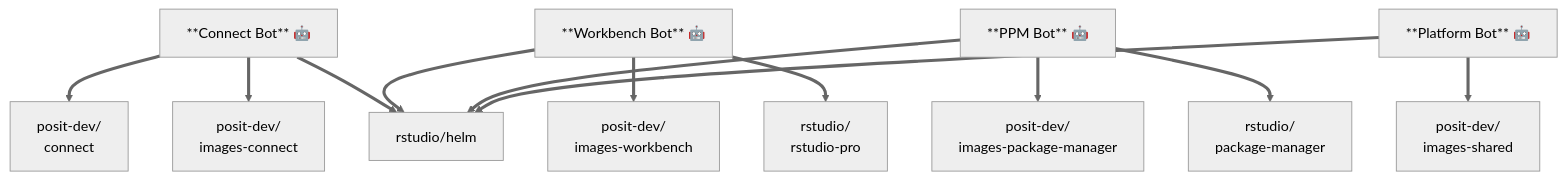
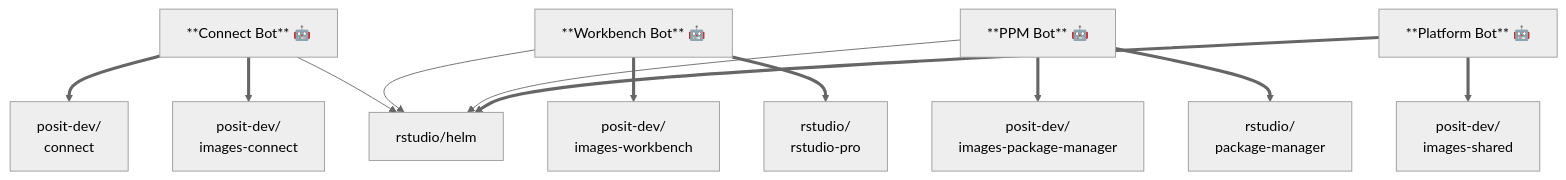
One commit to posit-dev/images-shared changed the first of 5 diagrams in pulumi/github/github-apps/README.md. Above: the diagram before and after it, drawn with Mermaid (neutral theme). The commit also changed other lines of this file and 3 other files, not shown here.

````diff
--- a/pulumi/github/github-apps/README.md
+++ b/pulumi/github/github-apps/README.md
@@ -36,22 +36,22 @@
 ```mermaid
 graph TD
     CB["**Connect Bot** 🤖"]
     WB["**Workbench Bot** 🤖"]
     PB["**PPM Bot** 🤖"]
     PLB["**Platform Bot** 🤖"]
 
     CB ==> PCT["posit-dev/<br/>connect"]
     CB ==> IC["posit-dev/<br/>images-connect"]
-    CB ==> HELM["rstudio/helm"]
+    CB --> HELM["rstudio/helm"]
 
     WB ==> IW["posit-dev/<br/>images-workbench"]
     WB ==> RSP["rstudio/<br/>rstudio-pro"]
-    WB ==> HELM
+    WB --> HELM
 
     PB ==> IP["posit-dev/<br/>images-package-manager"]
     PB ==> PPM["rstudio/<br/>package-manager"]
-    PB ==> HELM
+    PB --> HELM
 
     PLB ==> IS["posit-dev/<br/>images-shared"]
     PLB ==> HELM
 ```
````
